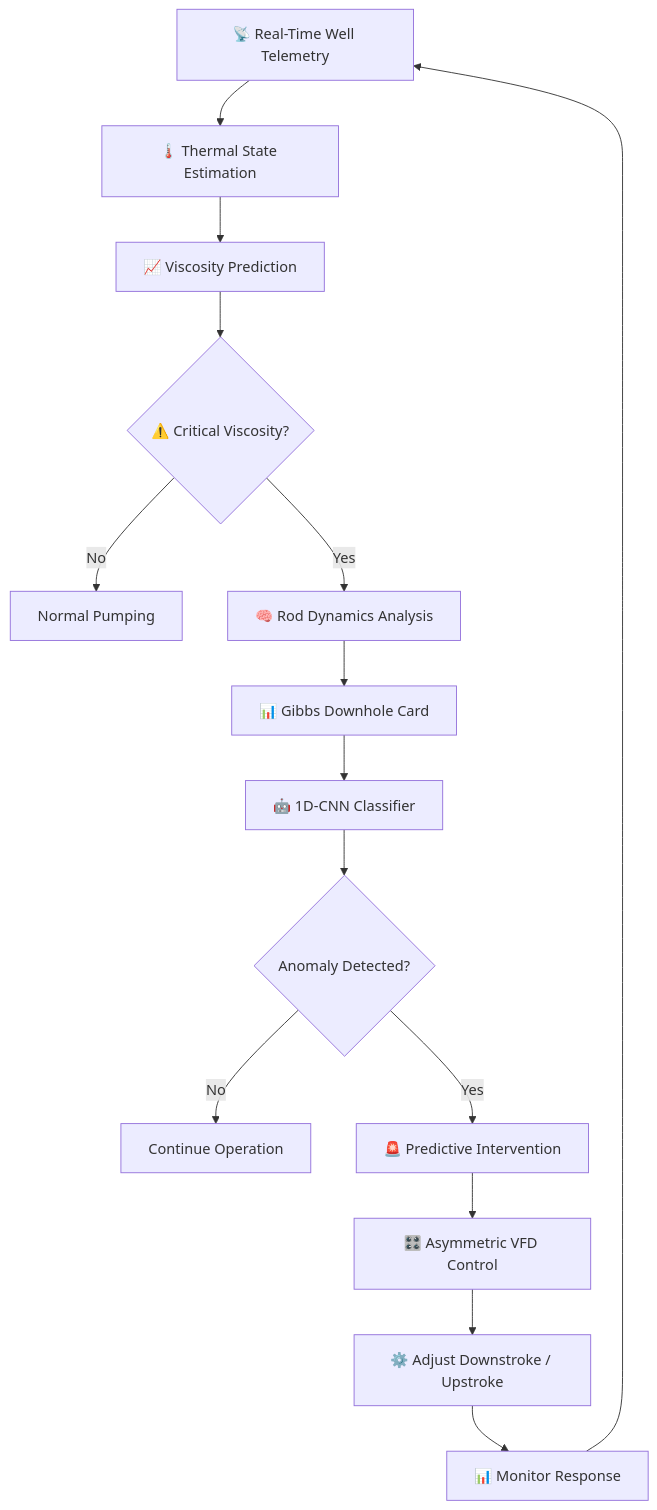
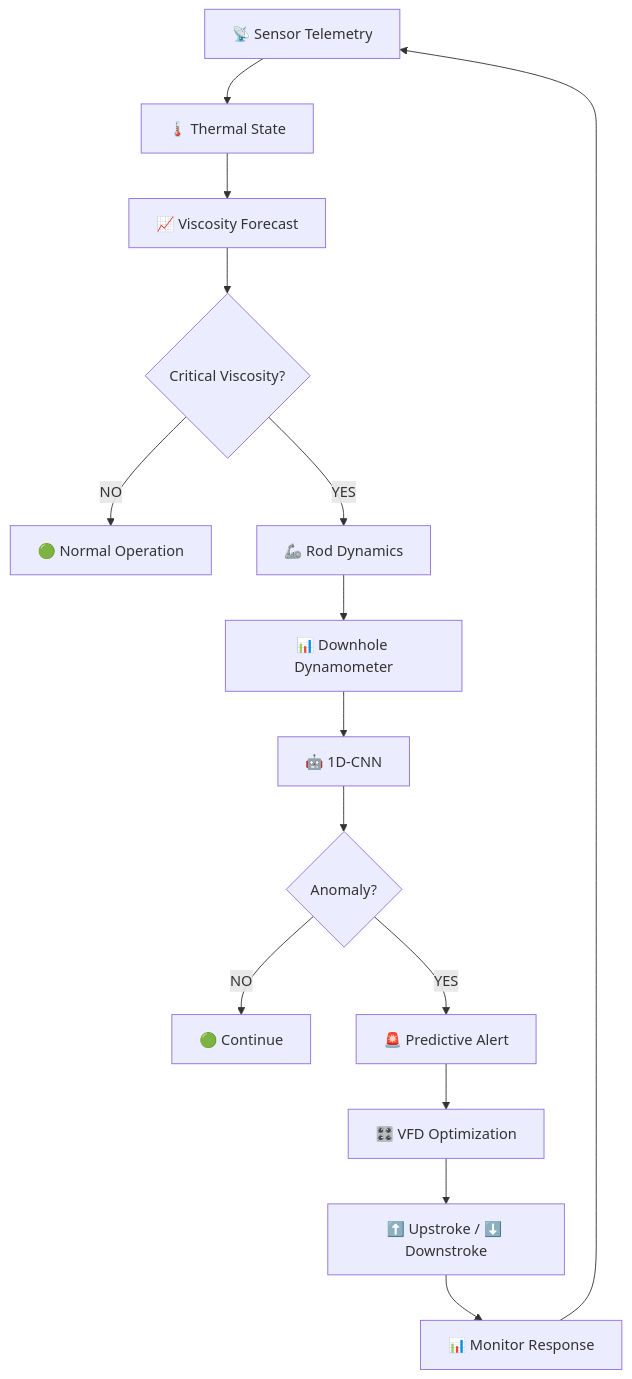
Before and after one commit to Avinraj01/ThermaLift-AI: the third of 6 diagrams in README.md, drawn with Mermaid. The commit also changed other lines of this file, not shown here.

````diff
--- a/README.md
+++ b/README.md
@@ -266,33 +391,33 @@
 ```mermaid
 flowchart TD
 
-    A["📡 Real-Time Well Telemetry"]
+    A["📡 Sensor Telemetry"]
 
-    A --> B["🌡️ Thermal State Estimation"]
+    A --> B["🌡️ Thermal State"]
 
-    B --> C["📈 Viscosity Prediction"]
+    B --> C["📈 Viscosity Forecast"]
 
-    C --> D{"⚠️ Critical Viscosity?"}
+    C --> D{"Critical Viscosity?"}
 
-    D -->|No| E["Normal Pumping"]
+    D -->|NO| E["🟢 Normal Operation"]
 
-    D -->|Yes| F["🧠 Rod Dynamics Analysis"]
+    D -->|YES| F["🦾 Rod Dynamics"]
 
-    F --> G["📊 Gibbs Downhole Card"]
+    F --> G["📊 Downhole Dynamometer"]
 
-    G --> H["🤖 1D-CNN Classifier"]
+    G --> H["🤖 1D-CNN"]
 
-    H --> I{"Anomaly Detected?"}
+    H --> I{"Anomaly?"}
 
-    I -->|No| J["Continue Operation"]
+    I -->|NO| J["🟢 Continue"]
 
-    I -->|Yes| K["🚨 Predictive Intervention"]
+    I -->|YES| K["🚨 Predictive Alert"]
 
-    K --> L["🎛️ Asymmetric VFD Control"]
+    K --> L["🎛️ VFD Optimization"]
 
-    L --> M["⚙️ Adjust Downstroke / Upstroke"]
+    L --> M["⬆️ Upstroke / ⬇️ Downstroke"]
 
     M --> N["📊 Monitor Response"]
 
     N --> A
 ```
````
